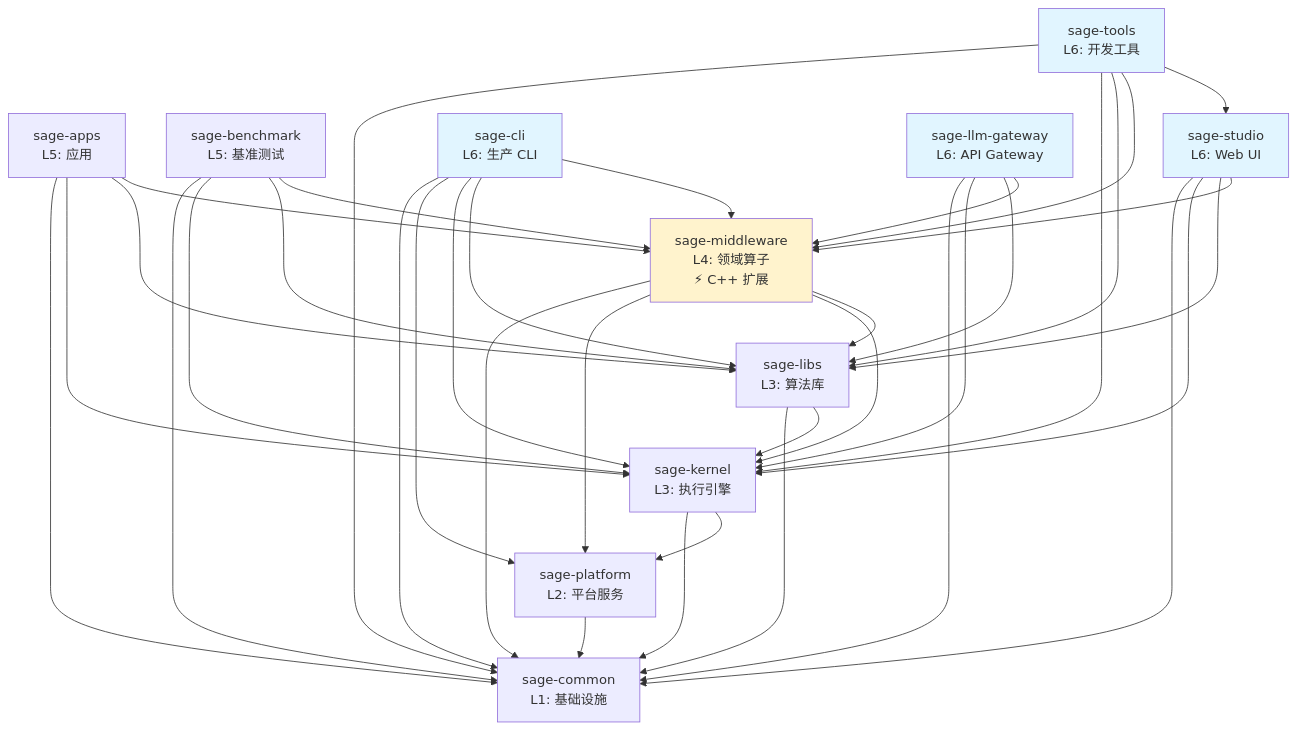
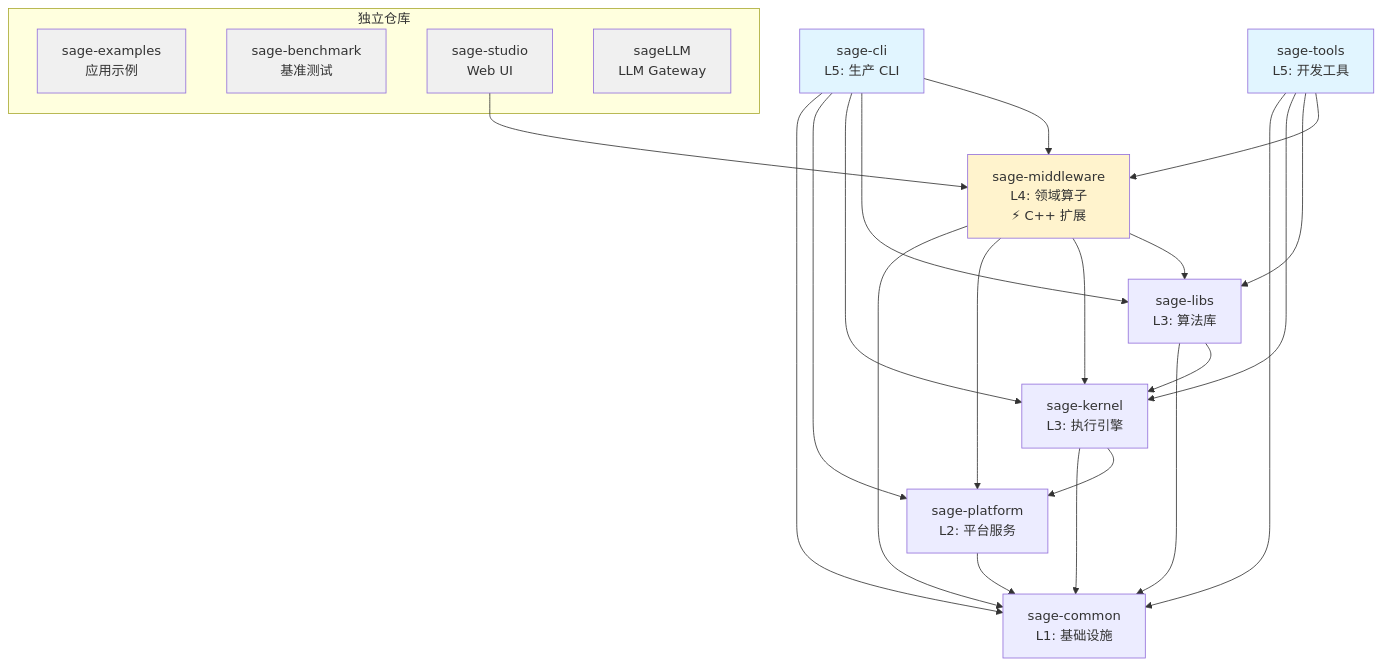
Before and after one commit to intellistream/SAGE-Pub: the diagram in docs_src/dev-notes/package-architecture.md, drawn with Mermaid. The commit also changed other lines of this file and 34 other files, not shown here.

First line of the commit message:
docs: update architecture from L1-L6 to L1-L5, add vllm to sagellm migration guide

````diff
--- a/docs_src/dev-notes/package-architecture.md
+++ b/docs_src/dev-notes/package-architecture.md
@@ -555,69 +547,53 @@
 ```mermaid
 graph TD
     common[sage-common<br/>L1: 基础设施]
 
     platform[sage-platform<br/>L2: 平台服务]
 
     kernel[sage-kernel<br/>L3: 执行引擎]
     libs[sage-libs<br/>L3: 算法库]
 
     middleware[sage-middleware<br/>L4: 领域算子<br/>⚡ C++ 扩展]
 
-    apps[sage-apps<br/>L5: 应用]
-    benchmark[sage-benchmark<br/>L5: 基准测试]
+    cli[sage-cli<br/>L5: 生产 CLI]
+    tools[sage-tools<br/>L5: 开发工具]
 
-    studio[sage-studio<br/>L6: Web UI]
-    cli[sage-cli<br/>L6: 生产 CLI]
-    tools[sage-tools<br/>L6: 开发工具]
-    gateway[sage-llm-gateway<br/>L6: API Gateway]
+    subgraph 独立仓库
+        apps[sage-examples<br/>应用示例]
+        benchmark[sage-benchmark<br/>基准测试]
+        studio[sage-studio<br/>Web UI]
+        gateway[sageLLM<br/>LLM Gateway]
+    end
 
     platform --> common
 
     kernel --> common
     kernel --> platform
     libs --> common
     libs --> kernel
 
     middleware --> common
     middleware --> platform
     middleware --> kernel
     middleware --> libs
-
-    apps --> common
-    apps --> kernel
-    apps --> libs
-    apps --> middleware
-
-    benchmark --> common
-    benchmark --> kernel
-    benchmark --> libs
-    benchmark --> middleware
-
-    studio --> common
-    studio --> kernel
-    studio --> libs
     studio --> middleware
 
     cli --> common
     cli --> platform
     cli --> kernel
     cli --> libs
     cli --> middleware
 
     tools --> common
     tools --> kernel
     tools --> libs
     tools --> middleware
-    tools --> studio
 
-    gateway --> common
-    gateway --> kernel
-    gateway --> libs
-    gateway --> middleware
-
-    style studio fill:#e1f5ff
     style cli fill:#e1f5ff
     style tools fill:#e1f5ff
-    style gateway fill:#e1f5ff
     style middleware fill:#fff3cd
+    style apps fill:#f0f0f0
+    style benchmark fill:#f0f0f0
+    style studio fill:#f0f0f0
+    style gateway fill:#f0f0f0
 ```
````
